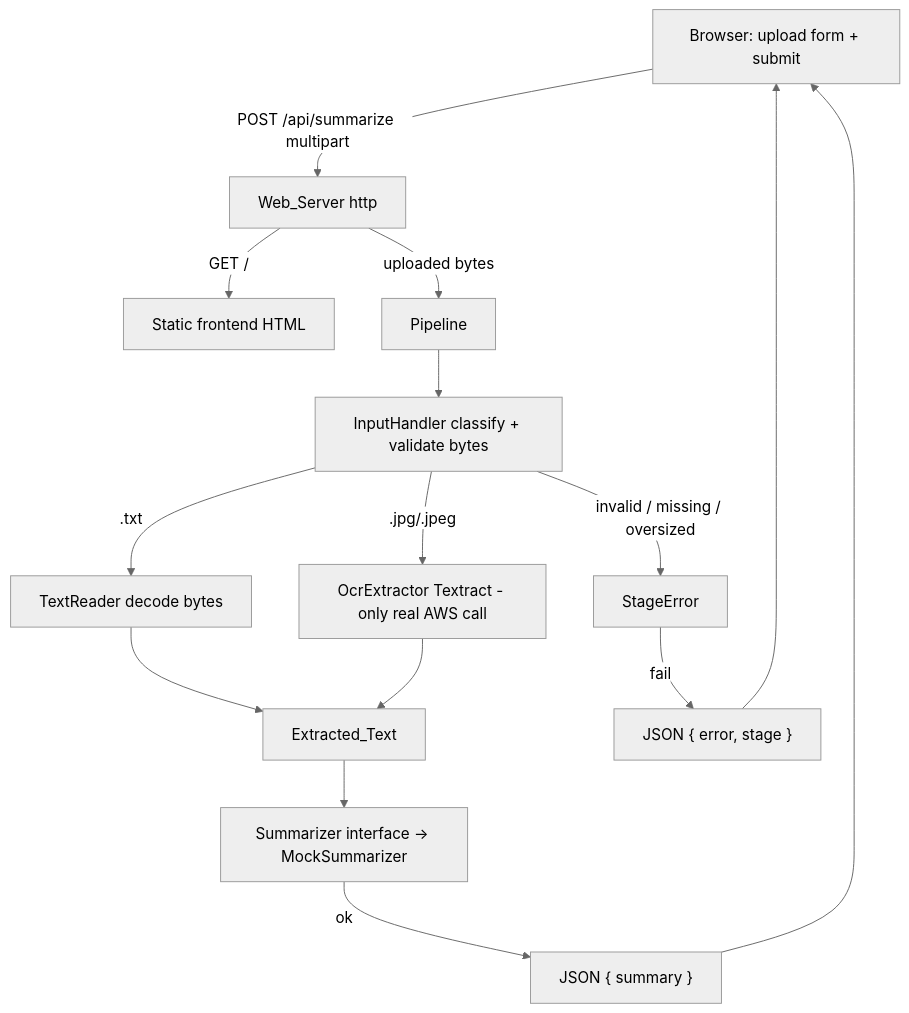
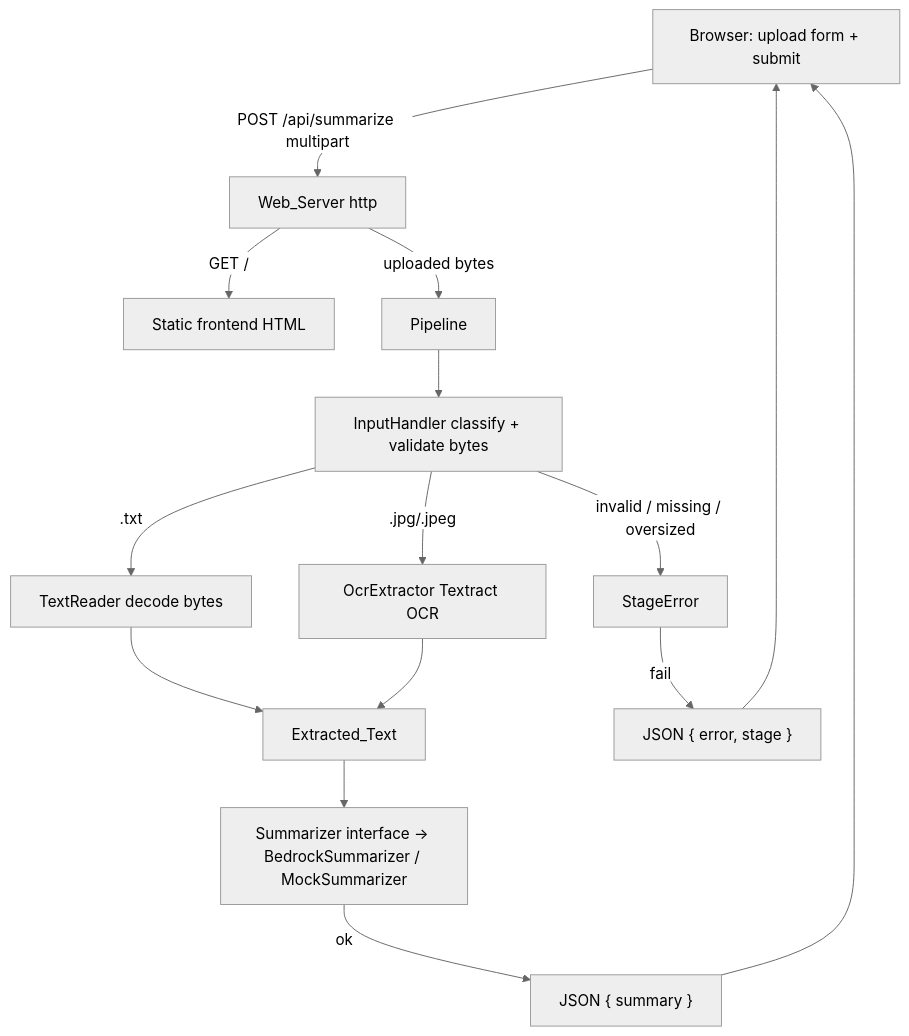
The diagram in .kiro/specs/text-summary-extractor/design.md (OksanaH/ai-driven-development-with-kiro-example), drawn with Mermaid (neutral theme) before and after one commit. The commit also changed other lines of this file and 2 other files, not shown here.

First line of the commit message:
docs: update text-summary-extractor spec

````diff
--- a/.kiro/specs/text-summary-extractor/design.md
+++ b/.kiro/specs/text-summary-extractor/design.md
@@ -28,17 +28,17 @@
 ```mermaid
 flowchart TD
     U[Browser: upload form + submit] -->|POST /api/summarize multipart| S[Web_Server http]
     S -->|GET /| SF[Static frontend HTML]
     S -->|uploaded bytes| P[Pipeline]
     P --> IH[InputHandler classify + validate bytes]
     IH -->|.txt| TR[TextReader decode bytes]
-    IH -->|.jpg/.jpeg| OCR[OcrExtractor Textract - only real AWS call]
+    IH -->|.jpg/.jpeg| OCR[OcrExtractor Textract OCR]
     IH -->|invalid / missing / oversized| E[StageError]
     TR --> XT[Extracted_Text]
     OCR --> XT
-    XT --> SUM[Summarizer interface -> MockSummarizer]
+    XT --> SUM[Summarizer interface -> BedrockSummarizer / MockSummarizer]
     SUM -->|ok| R["JSON { summary }"]
     E -->|fail| RE["JSON { error, stage }"]
     R --> U
     RE --> U
 ```
````
